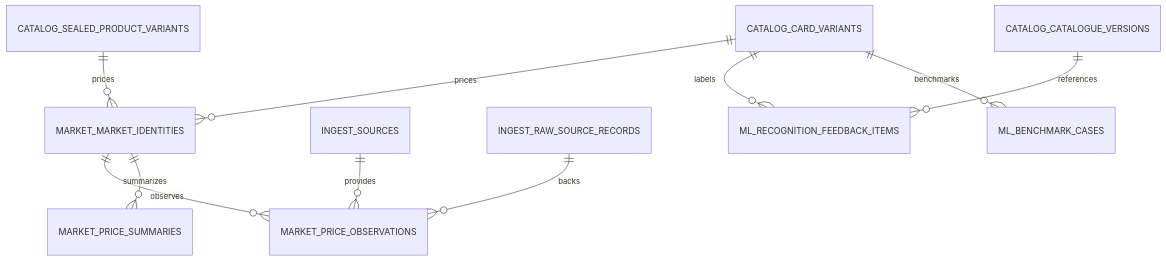
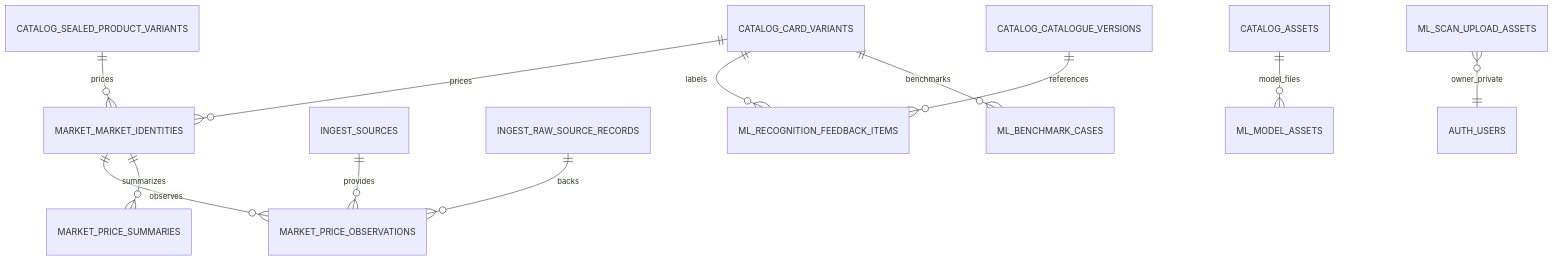
Before and after one commit to tberridge86/Stackr: the fourth of 5 diagrams in docs/stackr-api/canonical-catalogue-er.md, drawn with Mermaid. The commit also changed other lines of this file and 15 other files, not shown here.

````diff
--- a/docs/stackr-api/canonical-catalogue-er.md
+++ b/docs/stackr-api/canonical-catalogue-er.md
@@ -75,12 +80,14 @@
 ```mermaid
 erDiagram
   CATALOG_CARD_VARIANTS ||--o{ MARKET_MARKET_IDENTITIES : prices
   CATALOG_SEALED_PRODUCT_VARIANTS ||--o{ MARKET_MARKET_IDENTITIES : prices
   MARKET_MARKET_IDENTITIES ||--o{ MARKET_PRICE_OBSERVATIONS : observes
   MARKET_MARKET_IDENTITIES ||--o{ MARKET_PRICE_SUMMARIES : summarizes
   INGEST_SOURCES ||--o{ MARKET_PRICE_OBSERVATIONS : provides
   INGEST_RAW_SOURCE_RECORDS ||--o{ MARKET_PRICE_OBSERVATIONS : backs
   CATALOG_CARD_VARIANTS ||--o{ ML_RECOGNITION_FEEDBACK_ITEMS : labels
   CATALOG_CARD_VARIANTS ||--o{ ML_BENCHMARK_CASES : benchmarks
   CATALOG_CATALOGUE_VERSIONS ||--o{ ML_RECOGNITION_FEEDBACK_ITEMS : references
+  CATALOG_ASSETS ||--o{ ML_MODEL_ASSETS : model_files
+  ML_SCAN_UPLOAD_ASSETS }o--|| AUTH_USERS : owner_private
 ```
````
